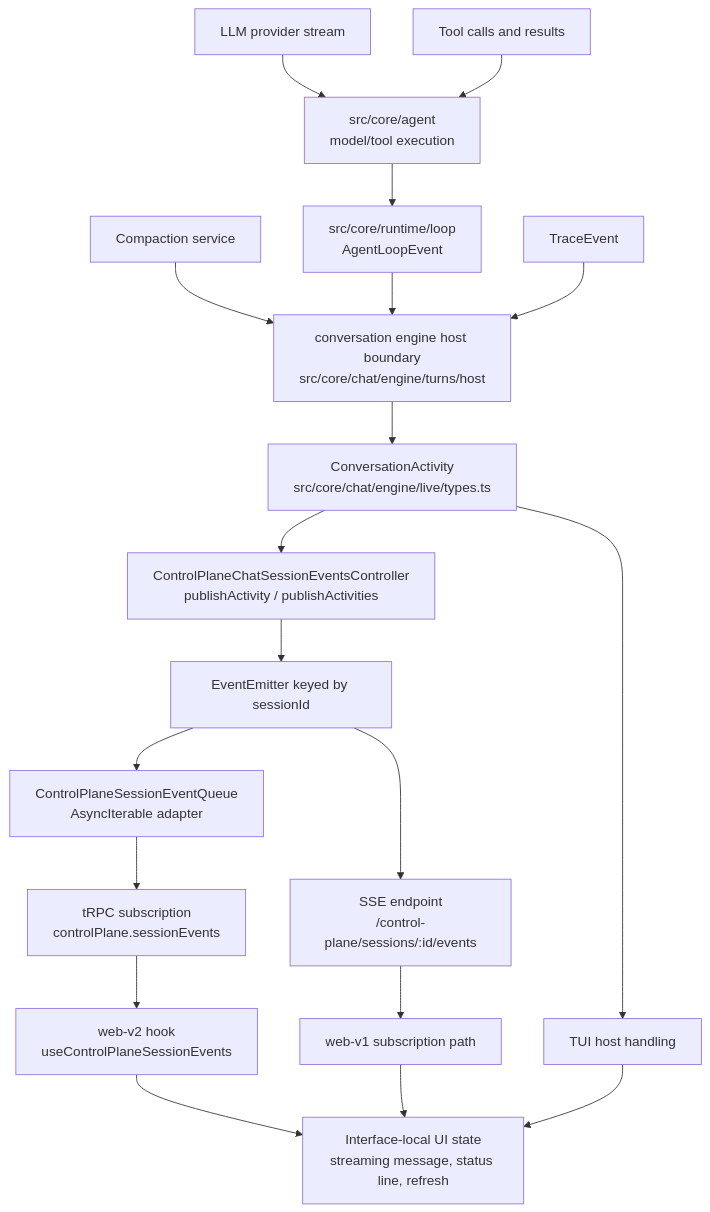
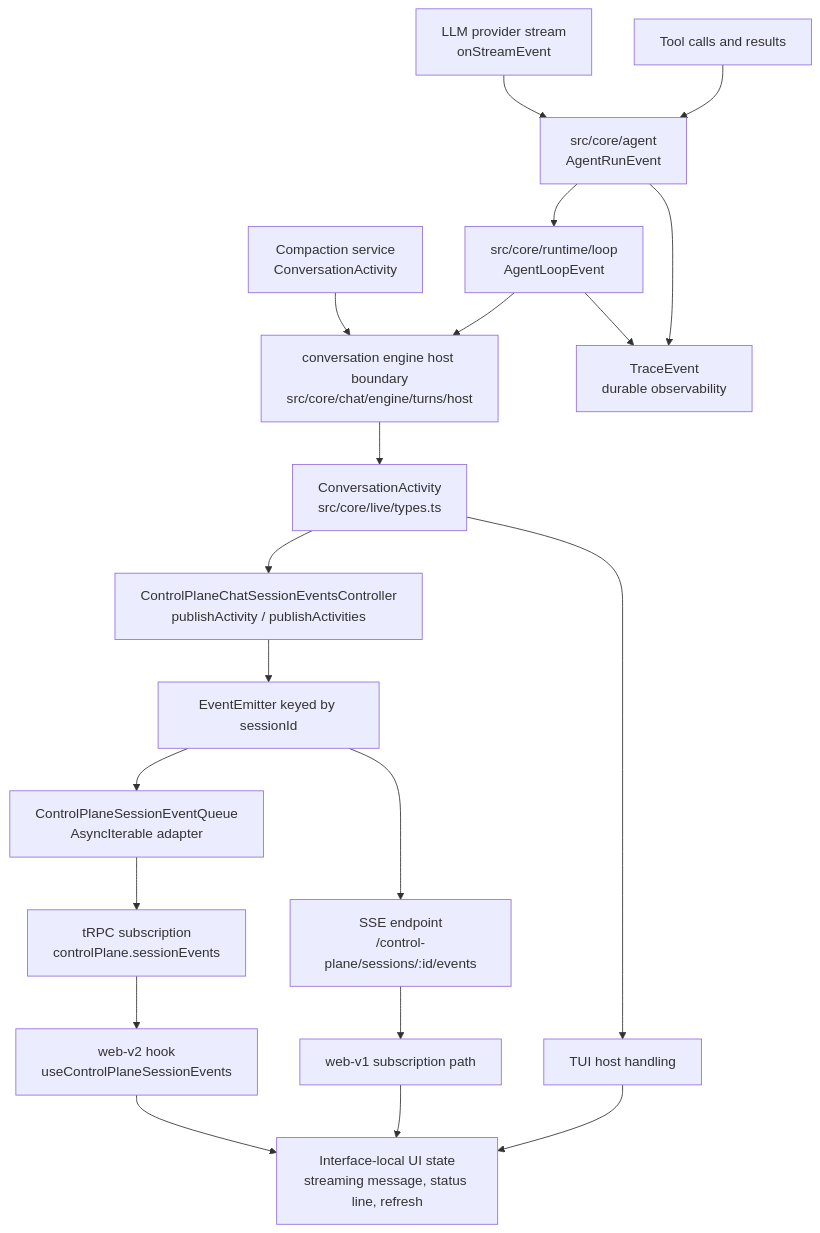
Before and after one commit to roackb2/heddle: the diagram in docs/architecture/live-events.md, drawn with Mermaid. The commit also changed other lines of this file and 66 other files, not shown here.

Commit message:
Refactor live event vocabulary

````diff
--- a/docs/architecture/live-events.md
+++ b/docs/architecture/live-events.md
@@ -42,21 +74,22 @@
 ```mermaid
 flowchart TD
-  LLM["LLM provider stream"] --> Agent["src/core/agent<br/>model/tool execution"]
+  LLM["LLM provider stream<br/>onStreamEvent"] --> Agent["src/core/agent<br/>AgentRunEvent"]
   Tools["Tool calls and results"] --> Agent
-  Compaction["Compaction service"] --> HostBoundary["conversation engine host boundary<br/>src/core/chat/engine/turns/host"]
+  Compaction["Compaction service<br/>ConversationActivity"] --> HostBoundary["conversation engine host boundary<br/>src/core/chat/engine/turns/host"]
   Agent --> Runtime["src/core/runtime/loop<br/>AgentLoopEvent"]
   Runtime --> HostBoundary
-  Trace["TraceEvent"] --> HostBoundary
-  HostBoundary --> Activity["ConversationActivity<br/>src/core/chat/engine/live/types.ts"]
+  HostBoundary --> Activity["ConversationActivity<br/>src/core/live/types.ts"]
+  Agent --> Trace["TraceEvent<br/>durable observability"]
+  Runtime --> Trace
   Activity --> Publisher["ControlPlaneChatSessionEventsController<br/>publishActivity / publishActivities"]
   Publisher --> Bus["EventEmitter keyed by sessionId"]
   Bus --> Queue["ControlPlaneSessionEventQueue<br/>AsyncIterable adapter"]
   Queue --> TRPC["tRPC subscription<br/>controlPlane.sessionEvents"]
   Bus --> SSE["SSE endpoint<br/>/control-plane/sessions/:id/events"]
   TRPC --> WebV2["web-v2 hook<br/>useControlPlaneSessionEvents"]
   SSE --> WebV1["web-v1 subscription path"]
   Activity --> TUI["TUI host handling"]
   WebV2 --> UIState["Interface-local UI state<br/>streaming message, status line, refresh"]
   WebV1 --> UIState
   TUI --> UIState
 ```
````
